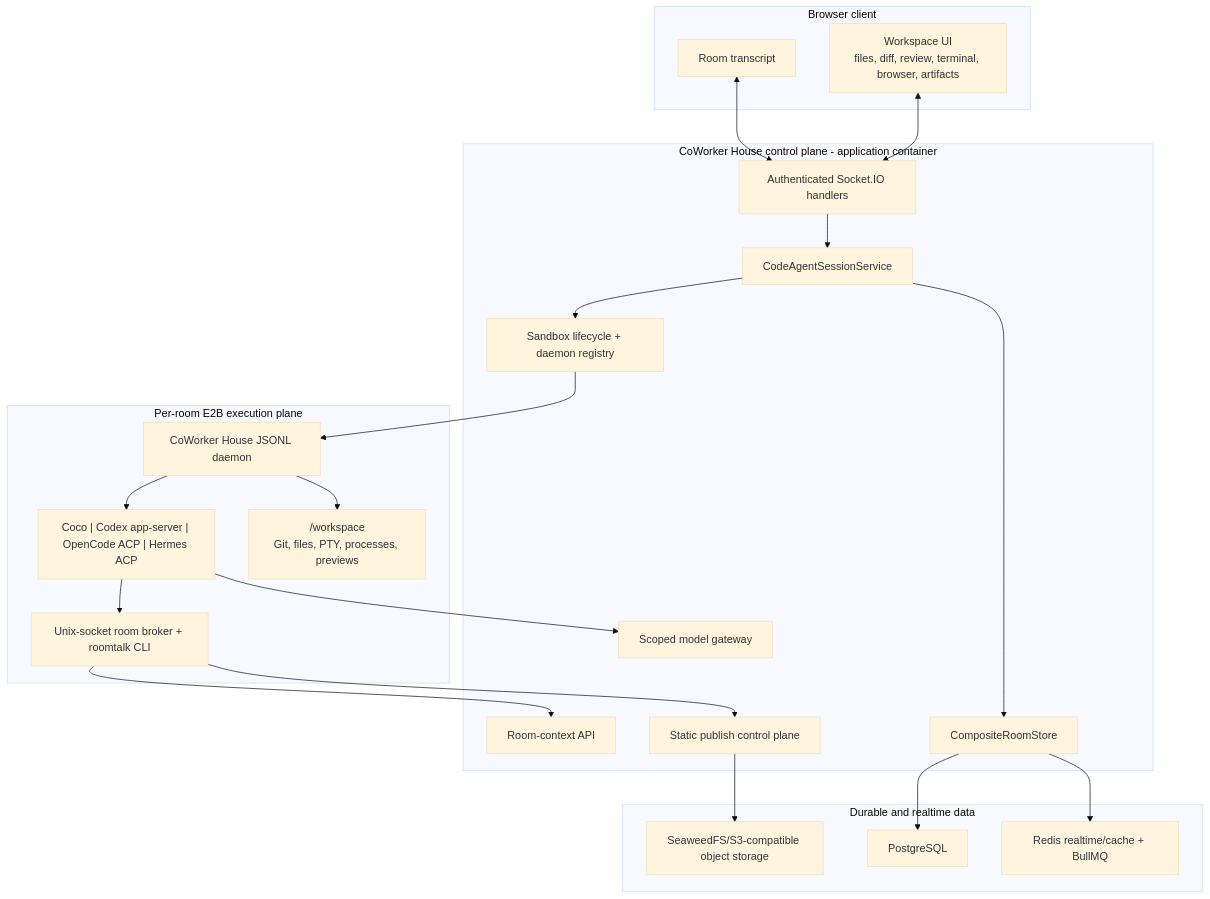
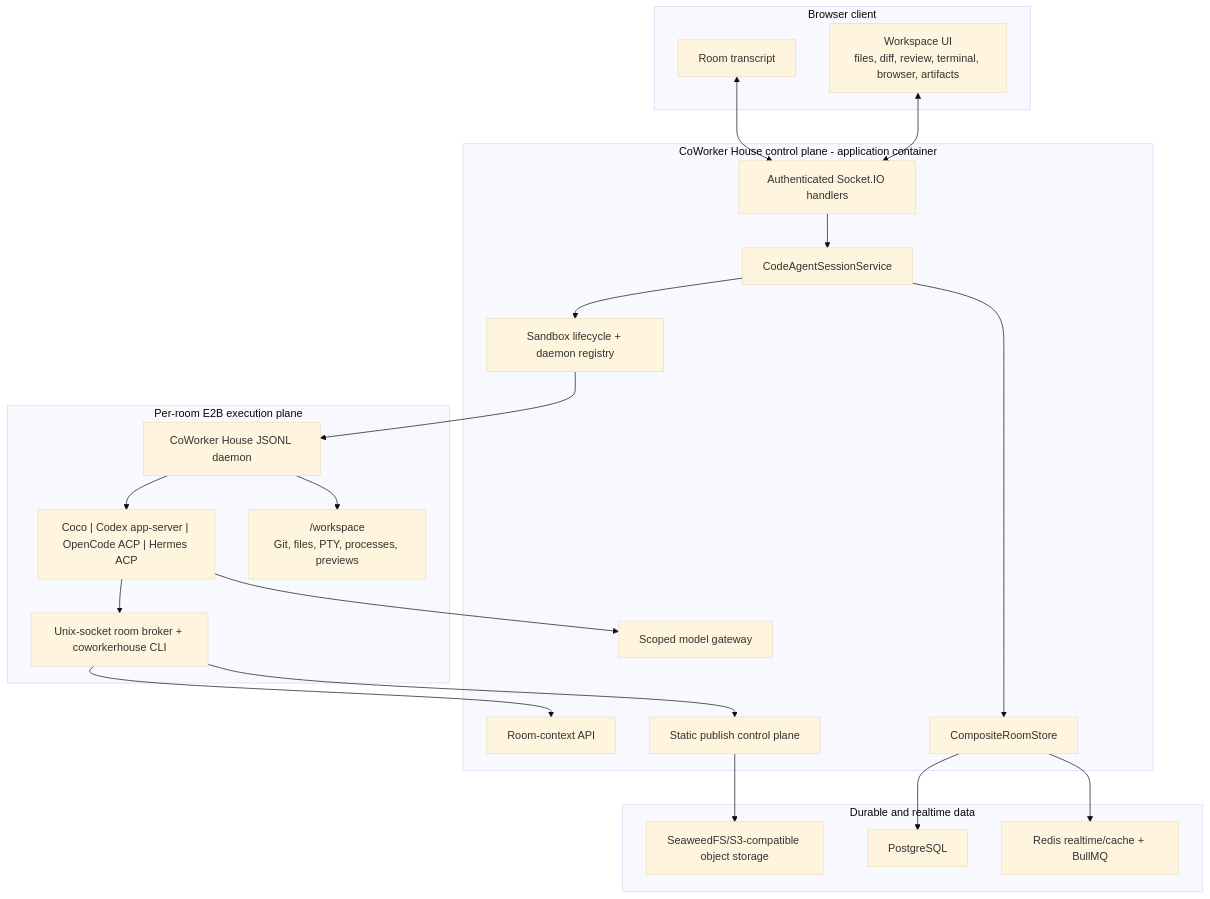
The first of 2 diagrams in docs/code-agent-runtime-architecture.md (auroradou0816/coworker-house), drawn with Mermaid (base theme) before and after one commit. The commit also changed other lines of this file and 144 other files, not shown here.

````diff
--- a/docs/code-agent-runtime-architecture.md
+++ b/docs/code-agent-runtime-architecture.md
@@ -33,46 +33,46 @@
 ```mermaid
 flowchart TB
   subgraph Browser["Browser client"]
     Chat["Room transcript"]
     WorkspaceUI["Workspace UI\nfiles, diff, review, terminal, browser, artifacts"]
   end
 
   subgraph Control["CoWorker House control plane - application container"]
     Socket["Authenticated Socket.IO handlers"]
     Sessions["CodeAgentSessionService"]
     Lifecycle["Sandbox lifecycle + daemon registry"]
     ContextAPI["Room-context API"]
     Gateway["Scoped model gateway"]
     Publish["Static publish control plane"]
     Store["CompositeRoomStore"]
   end
 
   subgraph Data["Durable and realtime data"]
     Postgres["PostgreSQL"]
     Redis["Redis realtime/cache + BullMQ"]
     Objects["SeaweedFS/S3-compatible object storage"]
   end
 
   subgraph Sandbox["Per-room E2B execution plane"]
     Daemon["CoWorker House JSONL daemon"]
     Backends["Coco | Codex app-server | OpenCode ACP | Hermes ACP"]
-    Broker["Unix-socket room broker + roomtalk CLI"]
+    Broker["Unix-socket room broker + coworkerhouse CLI"]
     Workdir["/workspace\nGit, files, PTY, processes, previews"]
   end
 
   Chat <--> Socket
   WorkspaceUI <--> Socket
   Socket --> Sessions
   Sessions --> Lifecycle
   Lifecycle --> Daemon
   Daemon --> Backends
   Daemon --> Workdir
   Backends --> Broker
   Broker --> ContextAPI
   Backends --> Gateway
   Broker --> Publish
   Sessions --> Store
   Store --> Postgres
   Store --> Redis
   Publish --> Objects
 ```
````
